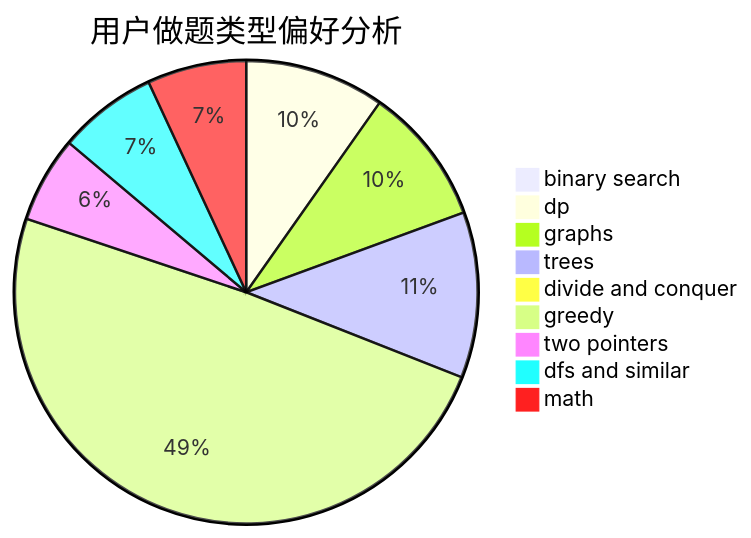
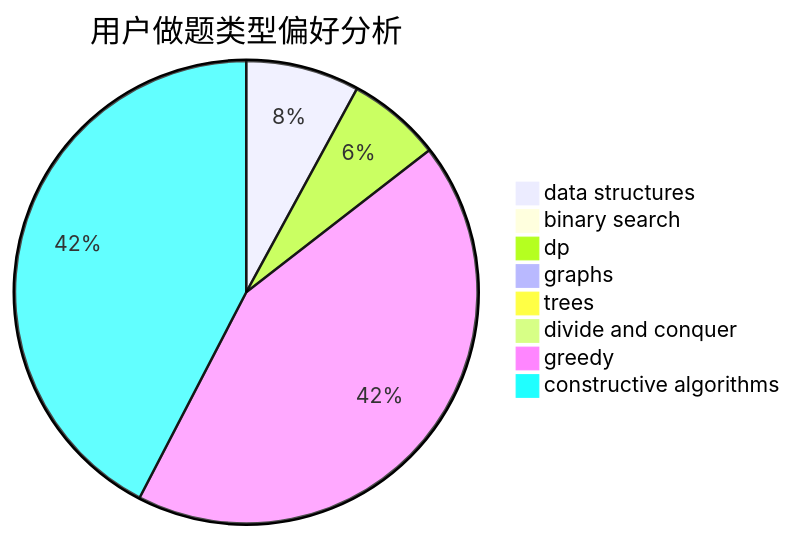
One commit to sherpahu/cfrs.github.io changed the second of 3 diagrams in docs/user/u513.md. Above: the diagram before and after it, drawn with Mermaid. The commit also changed other lines of this file and 2775 other files, not shown here.

````diff
--- a/docs/user/u513.md
+++ b/docs/user/u513.md
@@ -23,12 +23,11 @@
 ```mermaid
 pie title 用户做题类型偏好分析
-    "binary search" :  6
-    "dp" :  86
-    "graphs" :  85
-    "trees" :  102
+    "data structures" :  64
+    "binary search" :  5
+    "dp" :  53
+    "graphs" :  5
+    "trees" :  7
     "divide and conquer" :  0
-    "greedy" :  433
-    "two pointers" :  53
-    "dfs and similar" :  61
-    "math" :  61
+    "greedy" :  348
+    "constructive algorithms" :  342
 ```
````
